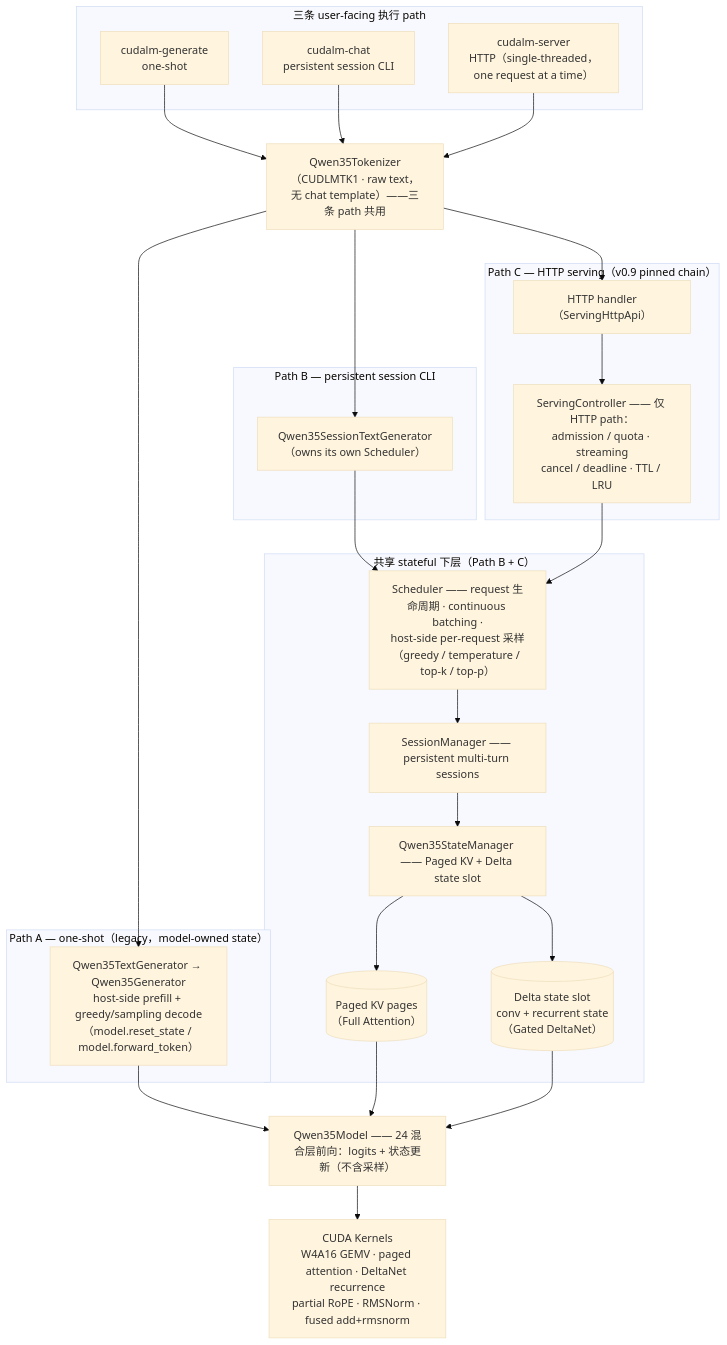
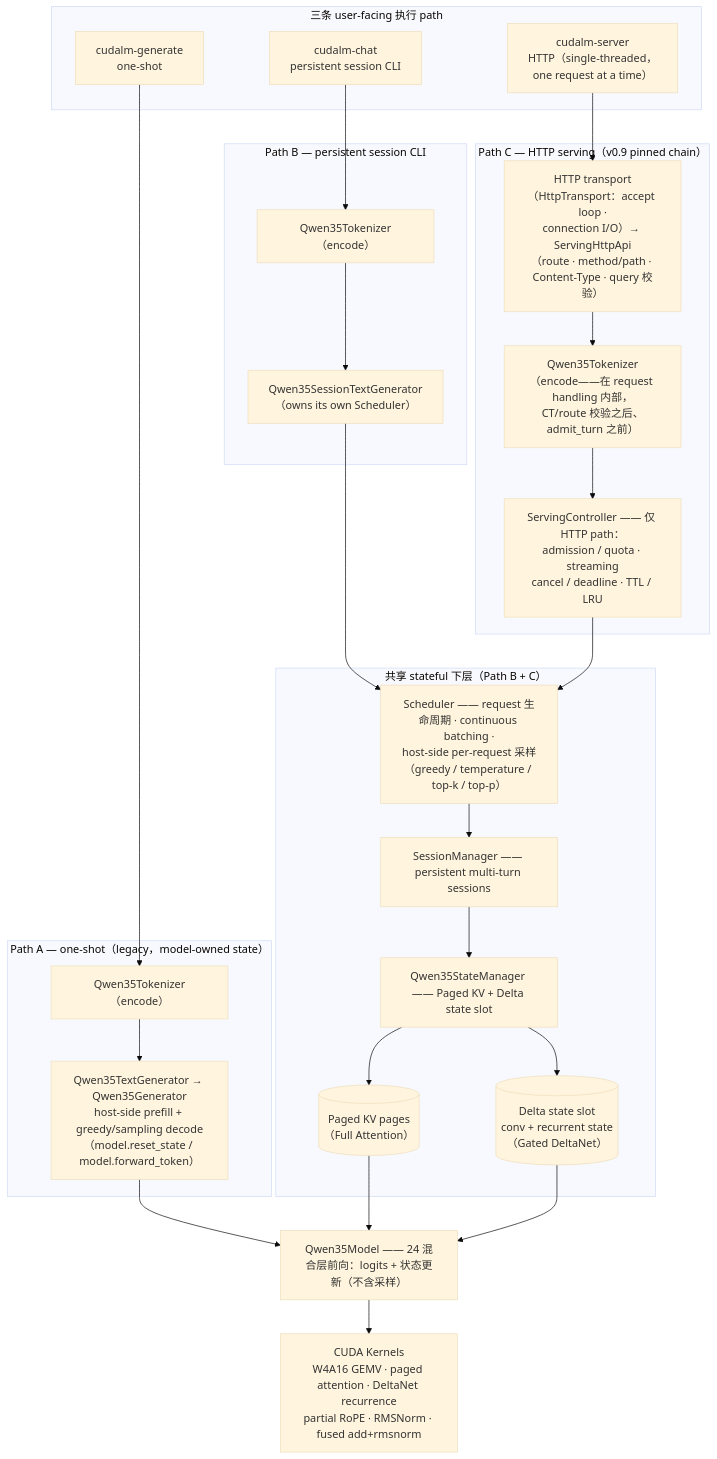
One commit to trump253/cudalm-agent changed the diagram in README.md. Above: the diagram before and after it, drawn with Mermaid (base theme). The commit also changed other lines of this file and 4 other files, not shown here.

First line of the commit message:
v1.0 Phase C final review fix: HTTP topology + accept-loop ownership

````diff
--- a/README.md
+++ b/README.md
@@ -75,52 +75,53 @@
 ```mermaid
 flowchart TD
     subgraph F["三条 user-facing 执行 path"]
         A["cudalm-generate<br/>one-shot"]
         B["cudalm-chat<br/>persistent session CLI"]
         C["cudalm-server<br/>HTTP（single-threaded，<br/>one request at a time）"]
     end
-    TOK["Qwen35Tokenizer（CUDLMTK1 · raw text，无 chat template）——三条 path 共用"]
-
-    A --> TOK
-    B --> TOK
-    C --> TOK
 
     subgraph PA["Path A — one-shot（legacy，model-owned state）"]
+        TOKA["Qwen35Tokenizer（encode）"]
         TG["Qwen35TextGenerator → Qwen35Generator<br/>host-side prefill + greedy/sampling decode<br/>（model.reset_state / model.forward_token）"]
+        A --> TOKA
+        TOKA --> TG
     end
 
     subgraph PB["Path B — persistent session CLI"]
+        TOKB["Qwen35Tokenizer（encode）"]
         STG["Qwen35SessionTextGenerator<br/>（owns its own Scheduler）"]
+        B --> TOKB
+        TOKB --> STG
     end
 
     subgraph PC["Path C — HTTP serving（v0.9 pinned chain）"]
-        HPA["HTTP handler（ServingHttpApi）"]
+        HPA["HTTP transport（HttpTransport：accept loop ·<br/>connection I/O）→ ServingHttpApi<br/>（route · method/path · Content-Type · query 校验）"]
+        TOKC["Qwen35Tokenizer（encode——在 request handling 内部，<br/>CT/route 校验之后、admit_turn 之前）"]
         SC["ServingController —— 仅 HTTP path：<br/>admission / quota · streaming<br/>cancel / deadline · TTL / LRU"]
-        HPA --> SC
+        C --> HPA
+        HPA --> TOKC
+        TOKC --> SC
     end
 
     subgraph SL["共享 stateful 下层（Path B + C）"]
         SCH["Scheduler —— request 生命周期 · continuous batching ·<br/>host-side per-request 采样（greedy / temperature / top-k / top-p）"]
         SM["SessionManager —— persistent multi-turn sessions"]
         ST["Qwen35StateManager —— Paged KV + Delta state slot"]
         KV[("Paged KV pages<br/>（Full Attention）")]
         DS[("Delta state slot<br/>conv + recurrent state<br/>（Gated DeltaNet）")]
         SCH --> SM
         SM --> ST
         ST --> KV
         ST --> DS
     end
 
     MDL["Qwen35Model —— 24 混合层前向：logits + 状态更新（不含采样）"]
     KER["CUDA Kernels<br/>W4A16 GEMV · paged attention · DeltaNet recurrence<br/>partial RoPE · RMSNorm · fused add+rmsnorm"]
 
-    TOK --> TG
-    TOK --> STG
-    TOK --> HPA
     TG --> MDL
     STG --> SCH
     SC --> SCH
     KV --> MDL
     DS --> MDL
     MDL --> KER
 ```
````
